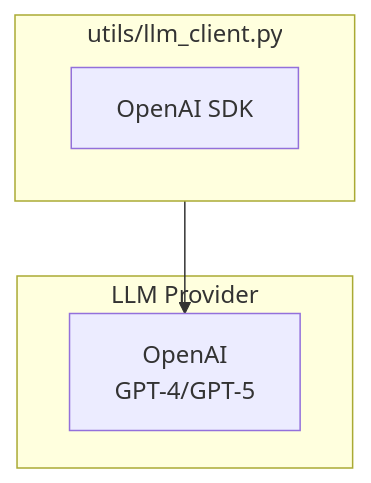
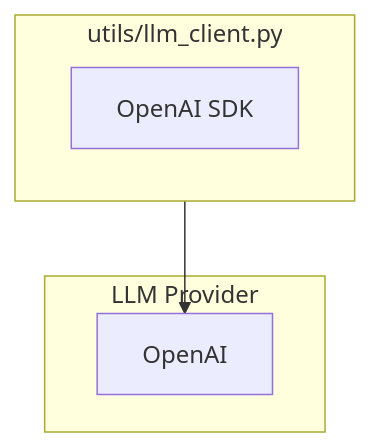
The ninth of 14 diagrams in apps/pipeline/docs/ARCHITECTURE.md (rrahimi-uci/policy-to-knowledge), drawn with Mermaid before and after one commit. The commit also changed other lines of this file and 24 other files, not shown here.

````diff
--- a/apps/pipeline/docs/ARCHITECTURE.md
+++ b/apps/pipeline/docs/ARCHITECTURE.md
@@ -303,12 +319,12 @@
 ```mermaid
 flowchart TB
     subgraph Client["utils/llm_client.py"]
         LITE[OpenAI SDK]
     end
 
     subgraph Providers["LLM Provider"]
-        OAI[OpenAI<br/>GPT-4/GPT-5]
+        OAI[OpenAI]
     end
 
     Client --> OAI
 ```
````
